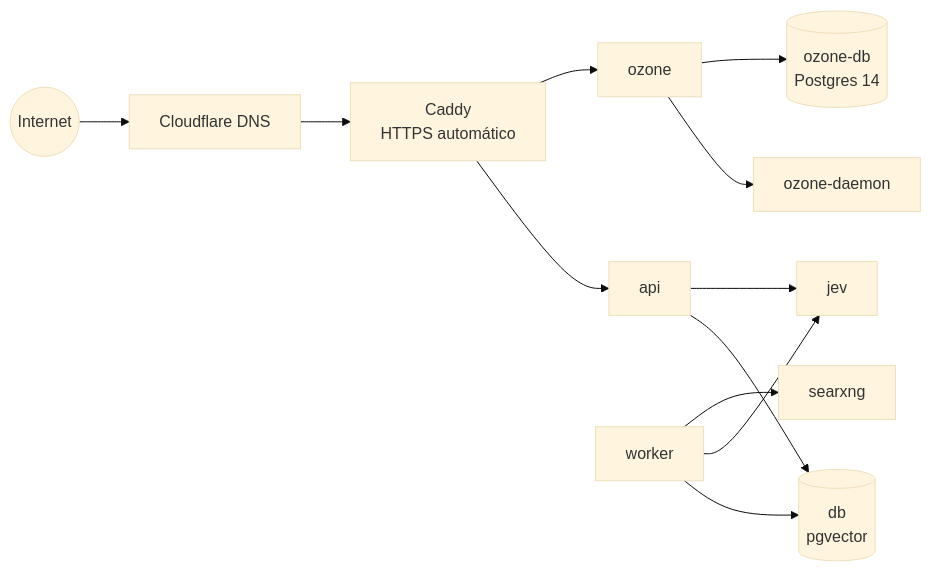
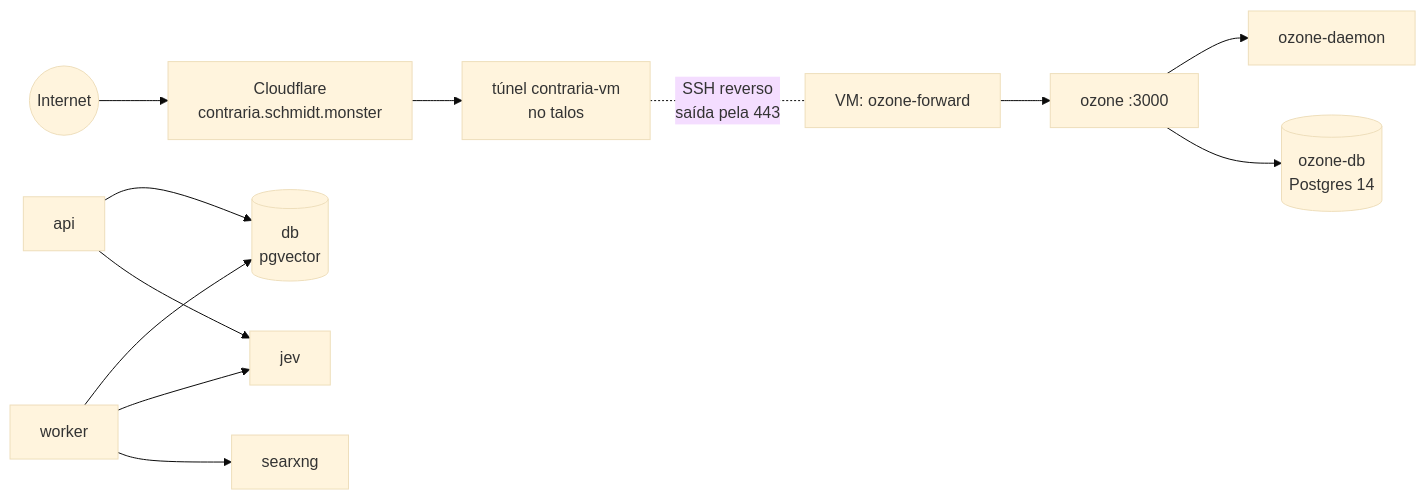
Before and after one commit to moonshinerd/ContrarIA: the second of 3 diagrams in docs/arquitetura/dados-e-infra.md, drawn with Mermaid (base theme). The commit also changed other lines of this file and 12 other files, not shown here.

First line of the commit message:
feat(deploy): acesso à VM e deploy por túnel Cloudflare, sem Caddy

````diff
--- a/docs/arquitetura/dados-e-infra.md
+++ b/docs/arquitetura/dados-e-infra.md
@@ -190,14 +191,15 @@
     ```mermaid
     flowchart LR
-        N((Internet)) --> CF[Cloudflare DNS]
-        CF --> CD[Caddy<br/>HTTPS automático]
-        CD --> API[api]
-        CD --> OZ[ozone]
+        N((Internet)) --> CF[Cloudflare<br/>contraria.schmidt.monster]
+        CF --> TN[túnel contraria-vm<br/>no talos]
+        TN -. SSH reverso<br/>saída pela 443 .- VM[VM: ozone-forward]
+        VM --> OZ[ozone :3000]
+        API[api]
         OZ --> OZD[ozone-daemon]
         OZ --> OZDB[(ozone-db<br/>Postgres 14)]
         API --> DB[(db<br/>pgvector)]
         WK[worker] --> DB
         WK --> JEV[jev]
         API --> JEV
         WK --> SX[searxng]
     ```
````
